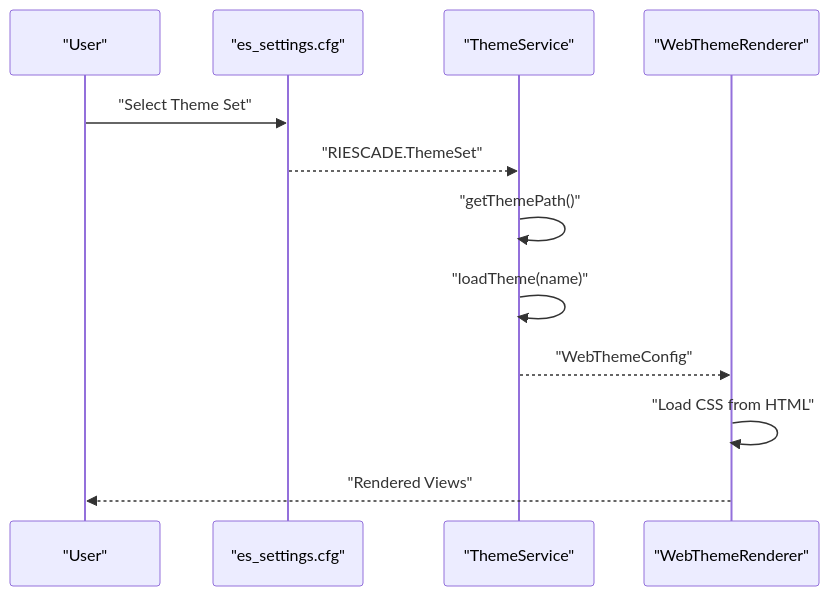
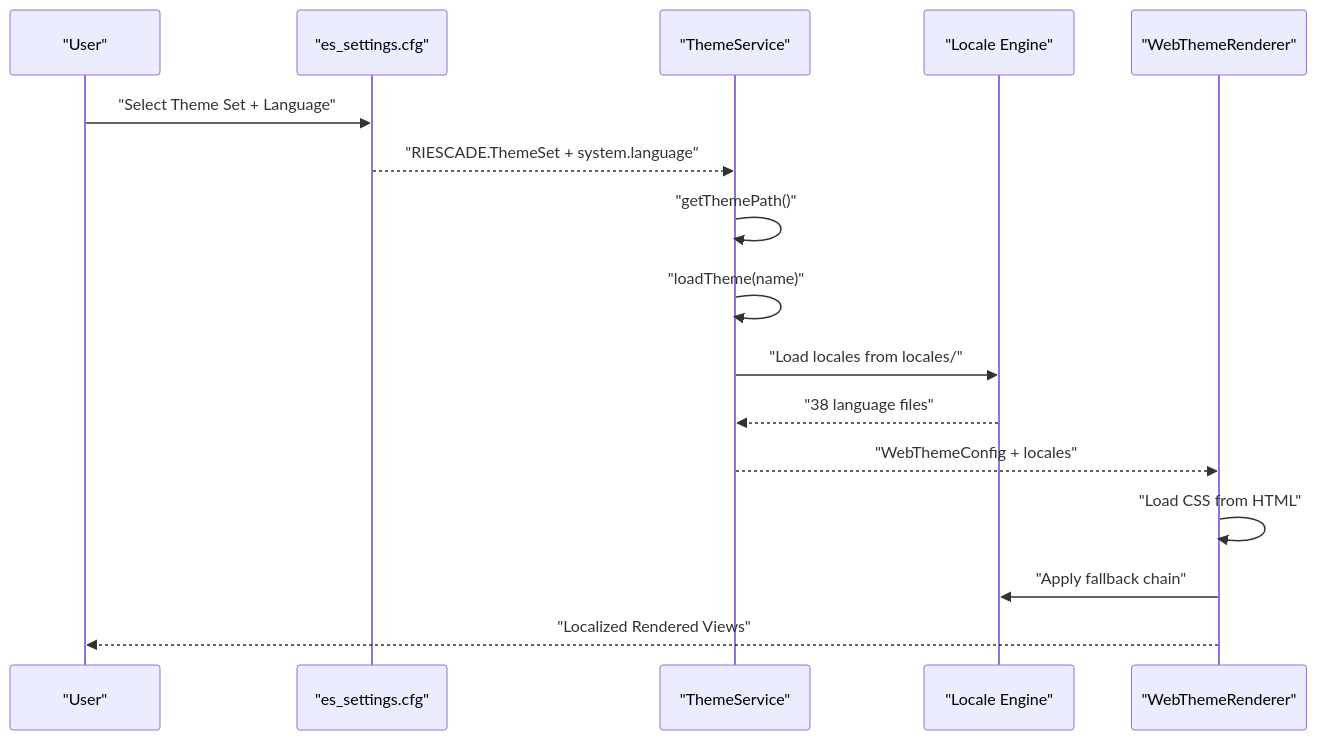
One commit to marcoriesco/RIESCADE_SYSTEM changed the second of 8 diagrams in .qoder/repowiki/en/content/Visual Customization/Theme Management.md. Above: the diagram before and after it, drawn with Mermaid. The commit also changed other lines of this file and 10 other files, not shown here.

````diff
--- a/.qoder/repowiki/en/content/Visual Customization/Theme Management.md
+++ b/.qoder/repowiki/en/content/Visual Customization/Theme Management.md
@@ -91,14 +110,18 @@
 ```mermaid
 sequenceDiagram
 participant User as "User"
 participant Settings as "es_settings.cfg"
 participant Resolver as "ThemeService"
+participant Locale as "Locale Engine"
 participant Renderer as "WebThemeRenderer"
-User->>Settings : "Select Theme Set"
-Settings-->>Resolver : "RIESCADE.ThemeSet"
+User->>Settings : "Select Theme Set + Language"
+Settings-->>Resolver : "RIESCADE.ThemeSet + system.language"
 Resolver->>Resolver : "getThemePath()"
 Resolver->>Resolver : "loadTheme(name)"
-Resolver-->>Renderer : "WebThemeConfig"
+Resolver->>Locale : "Load locales from locales/"
+Locale-->>Resolver : "38 language files"
+Resolver-->>Renderer : "WebThemeConfig + locales"
 Renderer->>Renderer : "Load CSS from HTML"
-Renderer-->>User : "Rendered Views"
+Renderer->>Locale : "Apply fallback chain"
+Renderer-->>User : "Localized Rendered Views"
 ```
````
